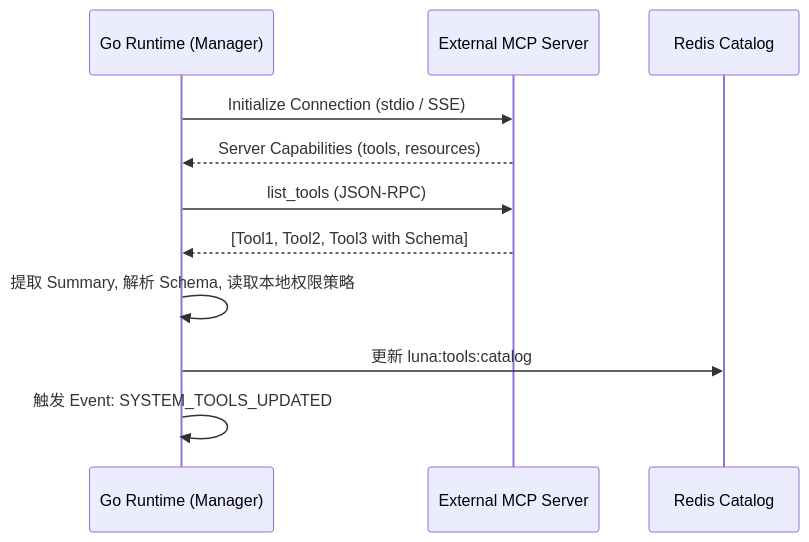
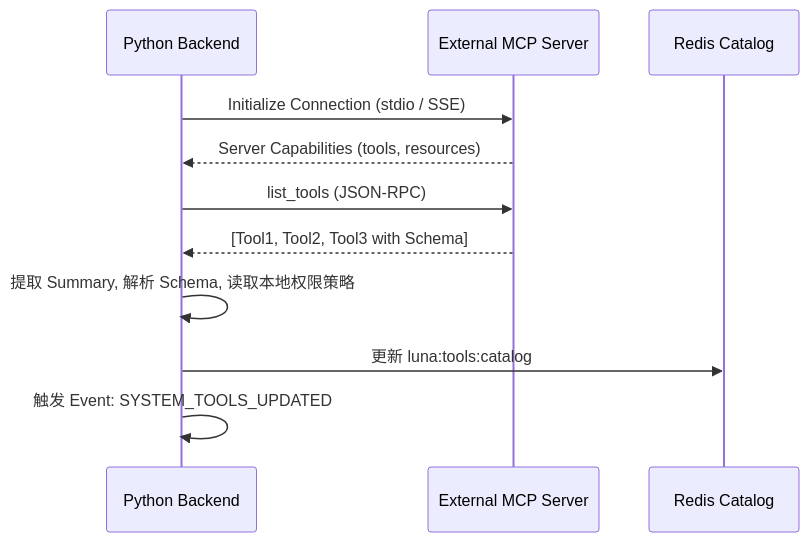
The first of 2 diagrams in backend/docs/system/工具协议与 MCP 能力接入方案.md (xie480/Luna-AI), drawn with Mermaid before and after one commit. The commit also changed other lines of this file and 14 other files, not shown here.

````diff
--- a/backend/docs/system/工具协议与 MCP 能力接入方案.md
+++ b/backend/docs/system/工具协议与 MCP 能力接入方案.md
@@ -96,14 +97,14 @@
 ```mermaid
 sequenceDiagram
-    participant Go as Go Runtime (Manager)
+    participant Py as Python Backend
     participant MCP as External MCP Server
     participant Redis as Redis Catalog
 
-    Go->>MCP: Initialize Connection (stdio / SSE)
-    MCP-->>Go: Server Capabilities (tools, resources)
-    Go->>MCP: list_tools (JSON-RPC)
-    MCP-->>Go: [Tool1, Tool2, Tool3 with Schema]
-    Go->>Go: 提取 Summary, 解析 Schema, 读取本地权限策略
-    Go->>Redis: 更新 luna:tools:catalog
-    Go->>Go: 触发 Event: SYSTEM_TOOLS_UPDATED
+    Py->>MCP: Initialize Connection (stdio / SSE)
+    MCP-->>Py: Server Capabilities (tools, resources)
+    Py->>MCP: list_tools (JSON-RPC)
+    MCP-->>Py: [Tool1, Tool2, Tool3 with Schema]
+    Py->>Py: 提取 Summary, 解析 Schema, 读取本地权限策略
+    Py->>Redis: 更新 luna:tools:catalog
+    Py->>Py: 触发 Event: SYSTEM_TOOLS_UPDATED
 ```
````
